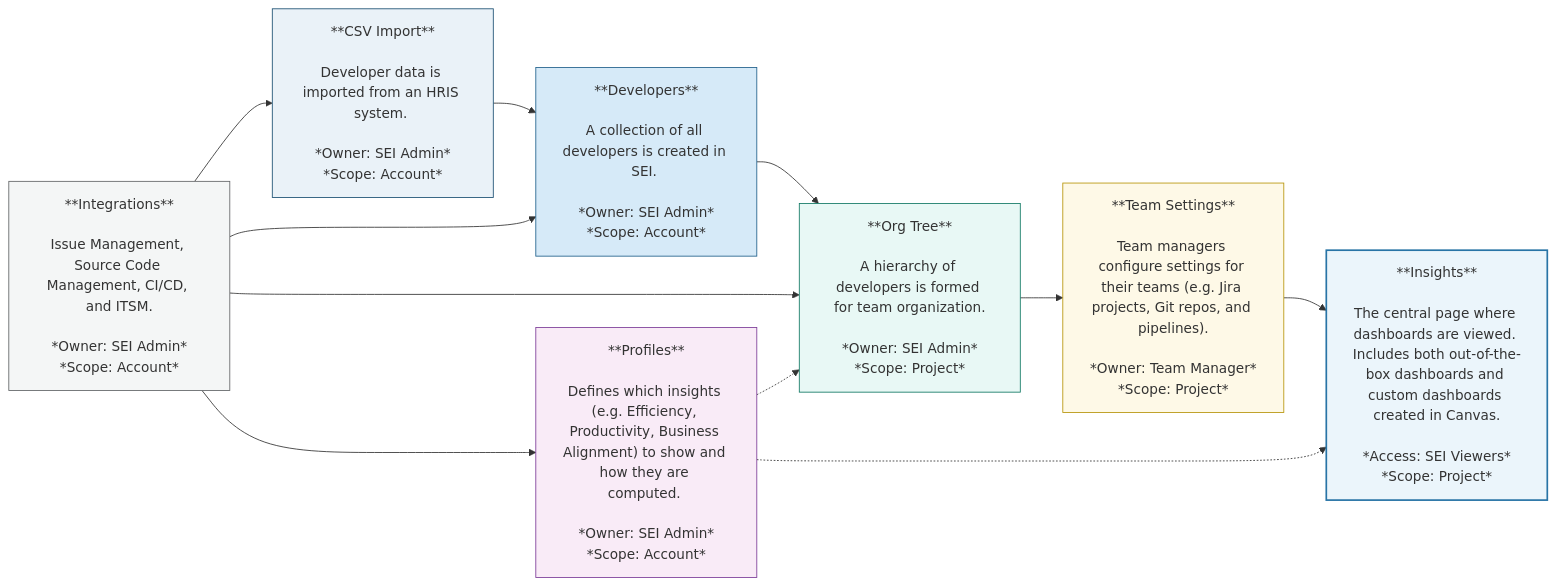
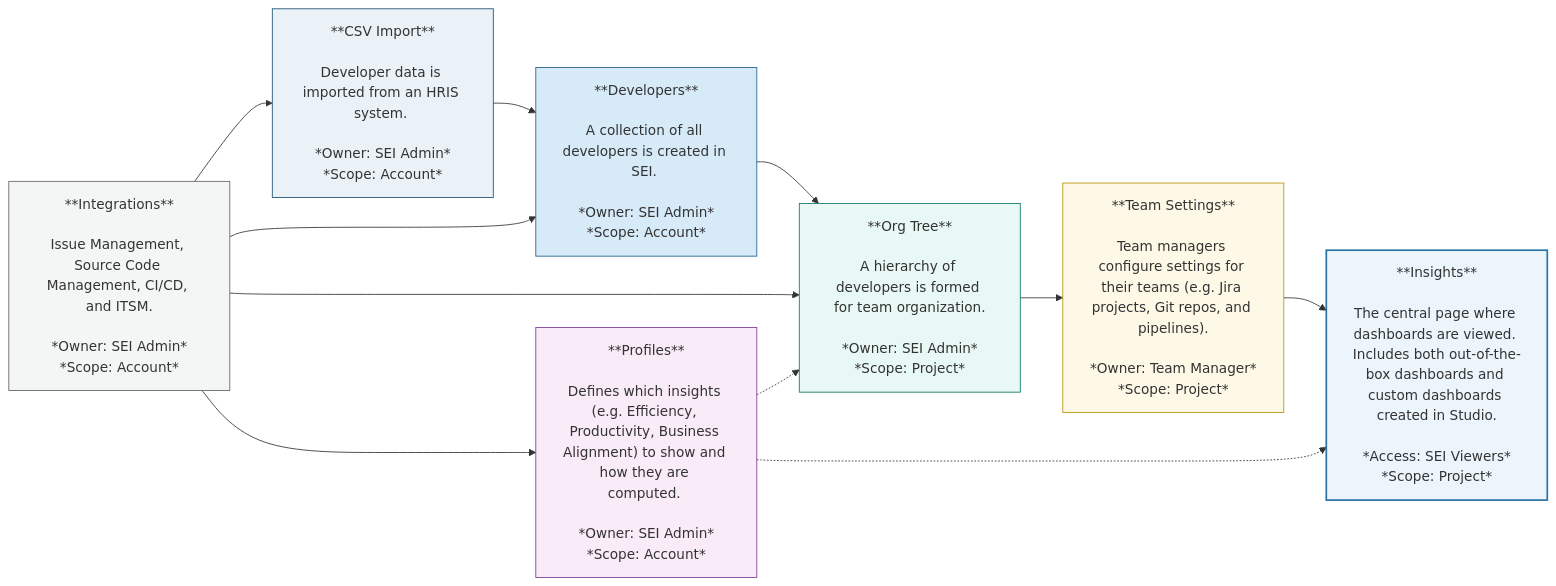
The diagram in docs/software-engineering-insights/harness-sei/get-started/sei-key-concepts.md (harness/developer-hub), drawn with Mermaid before and after one commit. The commit also changed other lines of this file and 9 other files, not shown here.

First line of the commit message:
SEI-17238 Update Mentions of Canvas in SEI to Studio in AIDI (#102238)

````diff
--- a/docs/software-engineering-insights/harness-sei/get-started/sei-key-concepts.md
+++ b/docs/software-engineering-insights/harness-sei/get-started/sei-key-concepts.md
@@ -23,33 +23,33 @@
 ```mermaid
 flowchart LR
     %% Left to Right Layout
-    A["**CSV Import**<br><br>Developer data is imported from an HRIS system. <br><br>*Owner: SEI Admin*<br>*Scope: Account*"] --> B["**Developers**<br><br>A collection of all developers is created in SEI. <br><br>*Owner: SEI Admin*<br>*Scope: Account*"] --> C["**Org Tree**<br><br>A hierarchy of developers is formed for team organization.<br><br>*Owner: SEI Admin*<br>*Scope: Project*"] --> D["**Team Settings**<br><br>Team managers configure settings for their teams (e.g. Jira projects, Git repos, and pipelines).<br><br>*Owner: Team Manager*<br>*Scope: Project*"] --> E["**Insights**<br><br>The central page where dashboards are viewed. Includes both out-of-the-box dashboards and custom dashboards created in Canvas.<br><br>*Access: SEI Viewers*<br>*Scope: Project*"]
+    A["**CSV Import**<br><br>Developer data is imported from an HRIS system. <br><br>*Owner: SEI Admin*<br>*Scope: Account*"] --> B["**Developers**<br><br>A collection of all developers is created in SEI. <br><br>*Owner: SEI Admin*<br>*Scope: Account*"] --> C["**Org Tree**<br><br>A hierarchy of developers is formed for team organization.<br><br>*Owner: SEI Admin*<br>*Scope: Project*"] --> D["**Team Settings**<br><br>Team managers configure settings for their teams (e.g. Jira projects, Git repos, and pipelines).<br><br>*Owner: Team Manager*<br>*Scope: Project*"] --> E["**Insights**<br><br>The central page where dashboards are viewed. Includes both out-of-the-box dashboards and custom dashboards created in Studio.<br><br>*Access: SEI Viewers*<br>*Scope: Project*"]
 
     %% Profiles below Org Tree
     F["**Profiles**<br><br>Defines which insights (e.g. Efficiency, Productivity, Business Alignment) to show and how they are computed. <br><br>*Owner: SEI Admin*<br>*Scope: Account*"] -.-> C
     F -.-> E
 
     %% Integrations at the bottom
     G["**Integrations**<br><br>Issue Management, Source Code Management, CI/CD, and ITSM.<br><br>*Owner: SEI Admin*<br>*Scope: Account*"] --> A
     G --> B
     G --> C
     G --> F
 
     %% Style Definitions (toned-down pastels)
     classDef csvImport fill:#EAF2F8,stroke:#1B4F72,stroke-width:1px;    %% Muted blue
     classDef developers fill:#D6EAF8,stroke:#21618C,stroke-width:1px;    %% Softer medium blue
     classDef orgTree fill:#E8F8F5,stroke:#117864,stroke-width:1px;      %% Light teal
     classDef teamSettings fill:#FEF9E7,stroke:#B7950B,stroke-width:1px; %% Soft muted yellow
     classDef insights fill:#EBF5FB,stroke:#2874A6,stroke-width:2px,stroke-dasharray: 4 2; %% Very light blue, dashed
     classDef profiles fill:#F9EBF7,stroke:#7D3C98,stroke-width:1px;     %% Soft lavender
     classDef integrations fill:#F4F6F6,stroke:#626567,stroke-width:1px; %% Light neutral grey
 
     %% Apply Styles
     class A csvImport
     class B developers
     class C orgTree
     class D teamSettings
     class E insights
     class F profiles
     class G integrations
 ```
````
